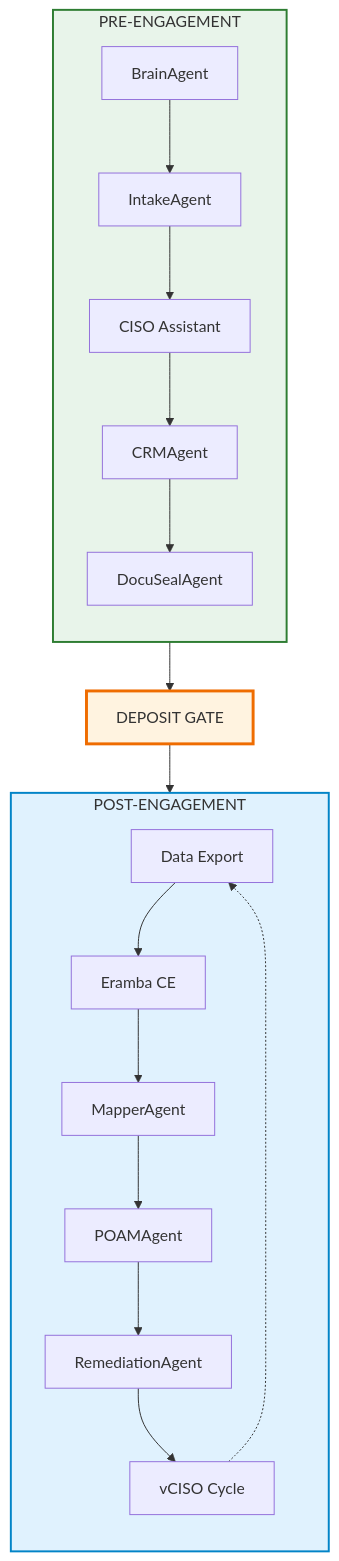
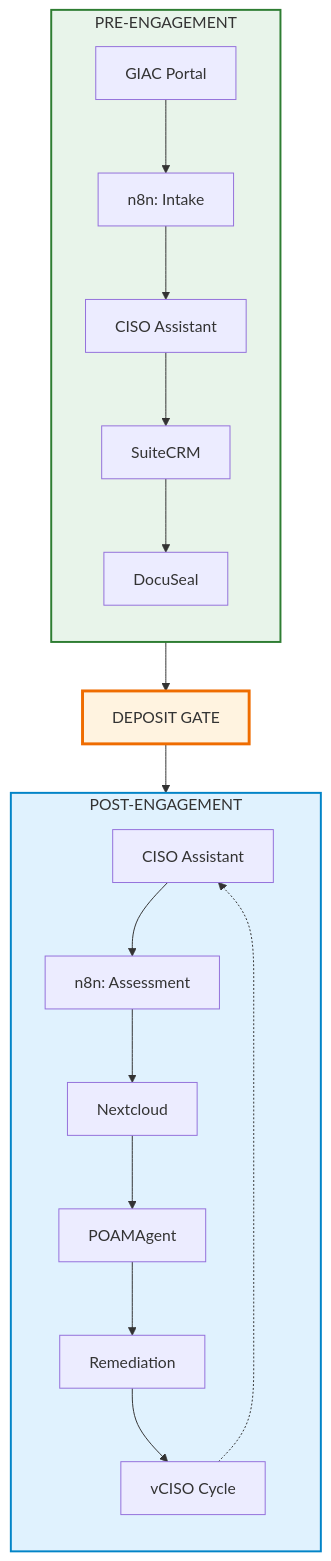
The third of 3 diagrams in docs/cybersecurity/giap.md (Pharns/portfolio), drawn with Mermaid before and after one commit. The commit also changed other lines of this file, not shown here.

First line of the commit message:
Consolidate GIAP to single-GRC architecture with CISO Assistant

````diff
--- a/docs/cybersecurity/giap.md
+++ b/docs/cybersecurity/giap.md
@@ -150,29 +150,29 @@
 ```mermaid
 flowchart TB
     subgraph PRE[PRE-ENGAGEMENT]
         direction TB
-        BA1[BrainAgent] --> IA[IntakeAgent]
-        IA --> CA1[CISO Assistant]
-        CA1 --> CRMA[CRMAgent]
-        CRMA --> DSA[DocuSealAgent]
+        PORTAL[GIAC Portal] --> N8N1[n8n: Intake]
+        N8N1 --> CA[CISO Assistant]
+        CA --> CRM[SuiteCRM]
+        CRM --> DS[DocuSeal]
     end
 
     DG[DEPOSIT GATE]
 
     subgraph POST[POST-ENGAGEMENT]
         direction TB
-        EXP[Data Export] --> ERA[Eramba CE]
-        ERA --> MA[MapperAgent]
-        MA --> PA[POAMAgent]
-        PA --> RA[RemediationAgent]
-        RA --> VCISO[vCISO Cycle]
+        CA2[CISO Assistant] --> N8N2[n8n: Assessment]
+        N8N2 --> NC[Nextcloud]
+        NC --> POA[POAMAgent]
+        POA --> REM[Remediation]
+        REM --> VCISO[vCISO Cycle]
     end
 
-    DSA --> DG
-    DG --> EXP
-    VCISO -.-> EXP
+    DS --> DG
+    DG --> CA2
+    VCISO -.-> CA2
 
     style PRE fill:#e8f4ea,stroke:#2e7d32,stroke-width:2px
     style POST fill:#e0f2fe,stroke:#0284c7,stroke-width:2px
     style DG fill:#fff3e0,stroke:#ef6c00,stroke-width:3px
 ```
````
